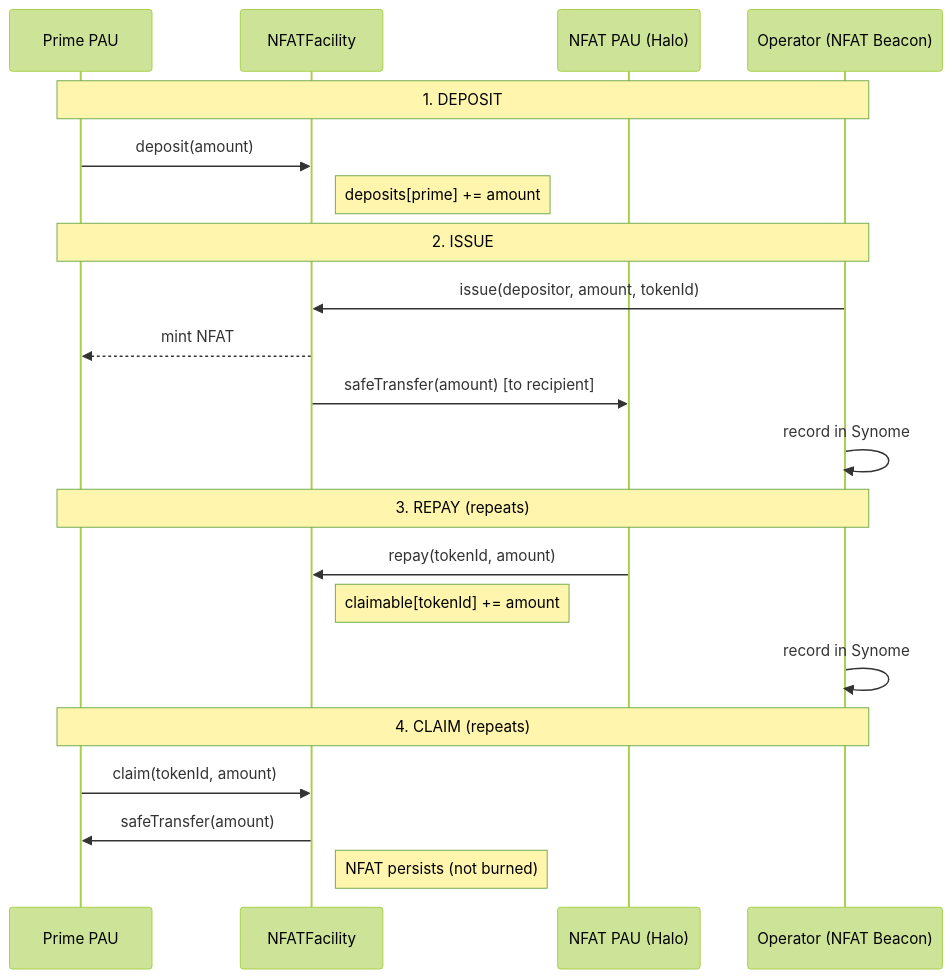
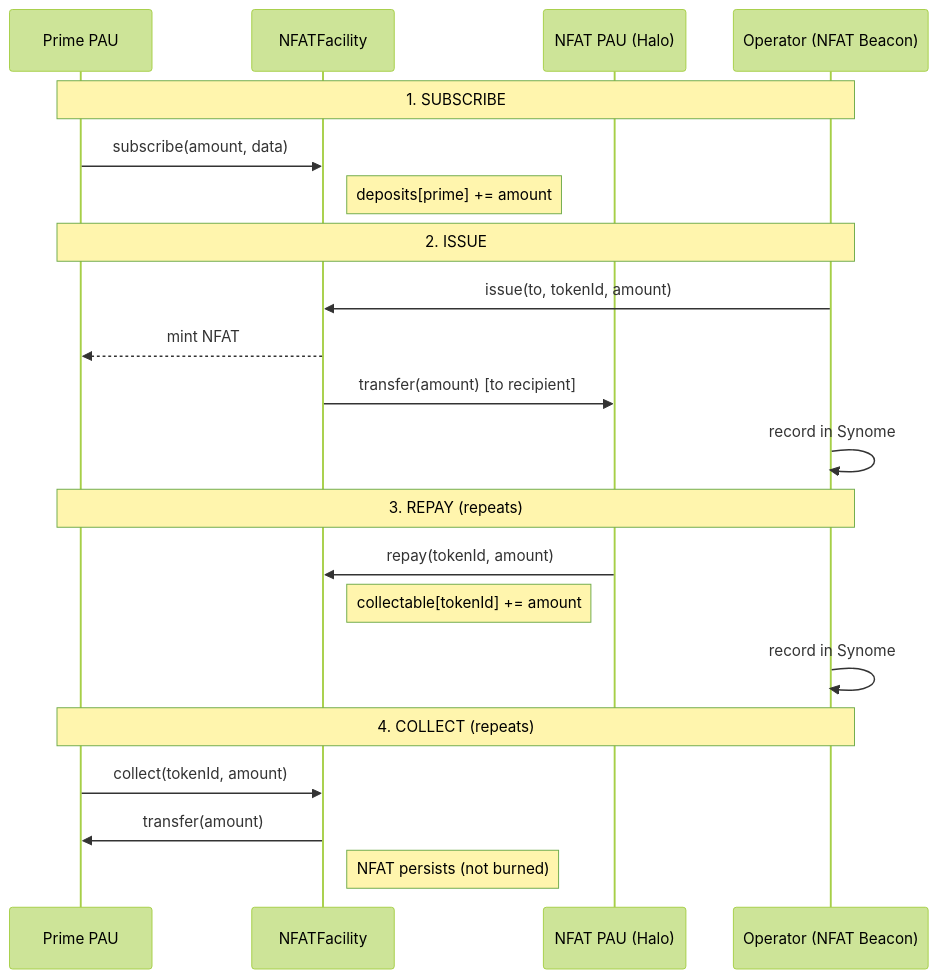
Before and after one commit to archon-research/nfat: the third of 3 diagrams in README.md, drawn with Mermaid (forest theme). The commit also changed other lines of this file and 6 other files, not shown here.

````diff
--- a/README.md
+++ b/README.md
@@ -49,27 +49,27 @@
 ```mermaid
 sequenceDiagram
     participant Prime as Prime PAU
     participant Facility as NFATFacility
     participant NFATPAU as NFAT PAU (Halo)
     participant Beacon as Operator (NFAT Beacon)
 
-    Note over Prime,Beacon: 1. DEPOSIT
-    Prime->>Facility: deposit(amount)
+    Note over Prime,Beacon: 1. SUBSCRIBE
+    Prime->>Facility: subscribe(amount, data)
     Note right of Facility: deposits[prime] += amount
 
     Note over Prime,Beacon: 2. ISSUE
-    Beacon->>Facility: issue(depositor, amount, tokenId)
+    Beacon->>Facility: issue(to, tokenId, amount)
     Facility-->>Prime: mint NFAT
-    Facility->>NFATPAU: safeTransfer(amount) [to recipient]
+    Facility->>NFATPAU: transfer(amount) [to recipient]
     Beacon->>Beacon: record in Synome
 
     Note over Prime,Beacon: 3. REPAY (repeats)
     NFATPAU->>Facility: repay(tokenId, amount)
-    Note right of Facility: claimable[tokenId] += amount
+    Note right of Facility: collectable[tokenId] += amount
     Beacon->>Beacon: record in Synome
 
-    Note over Prime,Beacon: 4. CLAIM (repeats)
-    Prime->>Facility: claim(tokenId, amount)
-    Facility->>Prime: safeTransfer(amount)
+    Note over Prime,Beacon: 4. COLLECT (repeats)
+    Prime->>Facility: collect(tokenId, amount)
+    Facility->>Prime: transfer(amount)
     Note right of Facility: NFAT persists (not burned)
 ```
````
